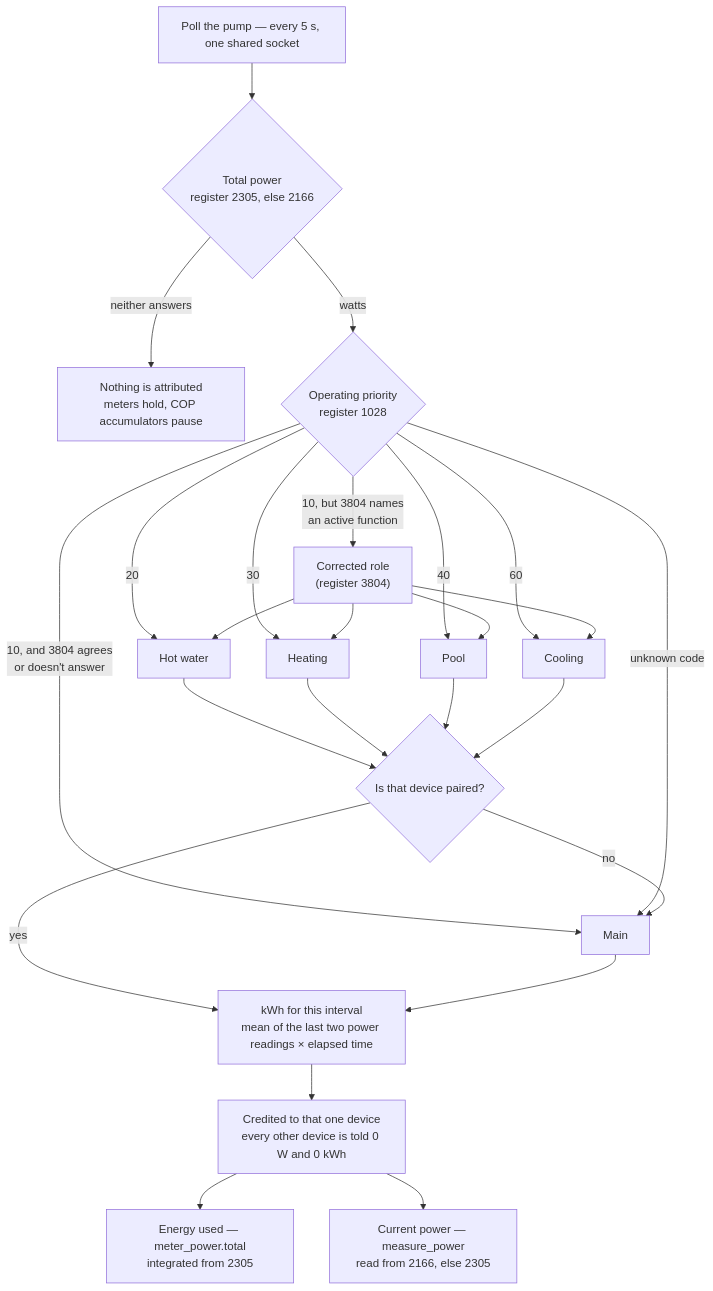
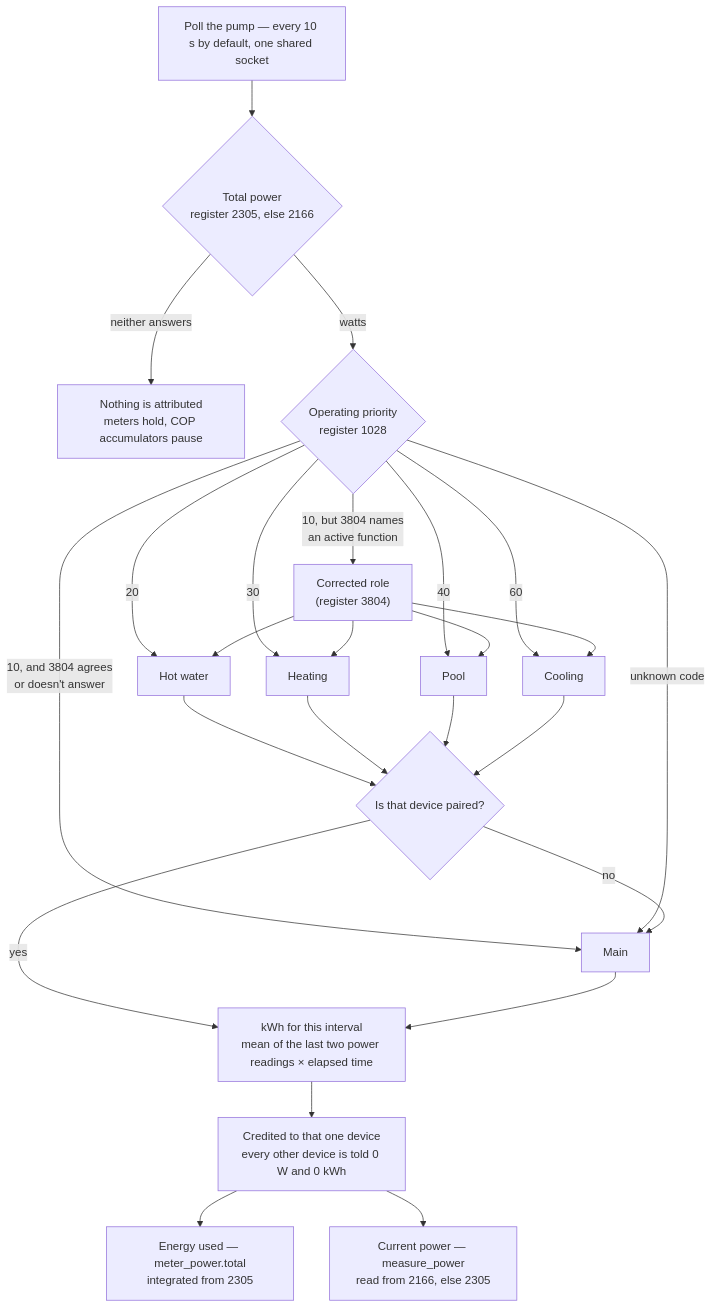
Before and after one commit to lovethyresson/com.nibe.local: the first of 2 diagrams in docs/energy-attribution.md, drawn with Mermaid. The commit also changed other lines of this file and 7 other files, not shown here.

````diff
--- a/docs/energy-attribution.md
+++ b/docs/energy-attribution.md
@@ -20,27 +20,27 @@
 ```mermaid
 flowchart TD
-    A["Poll the pump — every 5 s, one shared socket"] --> B{"Total power<br/>register 2305, else 2166"}
+    A["Poll the pump — every 10 s by default, one shared socket"] --> B{"Total power<br/>register 2305, else 2166"}
     B -- "neither answers" --> X["Nothing is attributed<br/>meters hold, COP accumulators pause"]
     B -- "watts" --> C{"Operating priority<br/>register 1028"}
     C -- "10, but 3804 names<br/>an active function" --> V["Corrected role<br/>(register 3804)"]
     C -- "10, and 3804 agrees<br/>or doesn't answer" --> M["Main"]
     C -- "unknown code" --> M
     C -- "20" --> HW["Hot water"]
     C -- "30" --> HE["Heating"]
     C -- "40" --> PO["Pool"]
     C -- "60" --> CO["Cooling"]
     V --> HW
     V --> HE
     V --> PO
     V --> CO
     HW --> P{"Is that device paired?"}
     HE --> P
     PO --> P
     CO --> P
     P -- "no" --> M
     P -- "yes" --> D
     M --> D["kWh for this interval<br/>mean of the last two power readings × elapsed time"]
     D --> E["Credited to that one device<br/>every other device is told 0 W and 0 kWh"]
     E --> F["Energy used — meter_power.total<br/>integrated from 2305"]
     E --> G["Current power — measure_power<br/>read from 2166, else 2305"]
 ```
````
